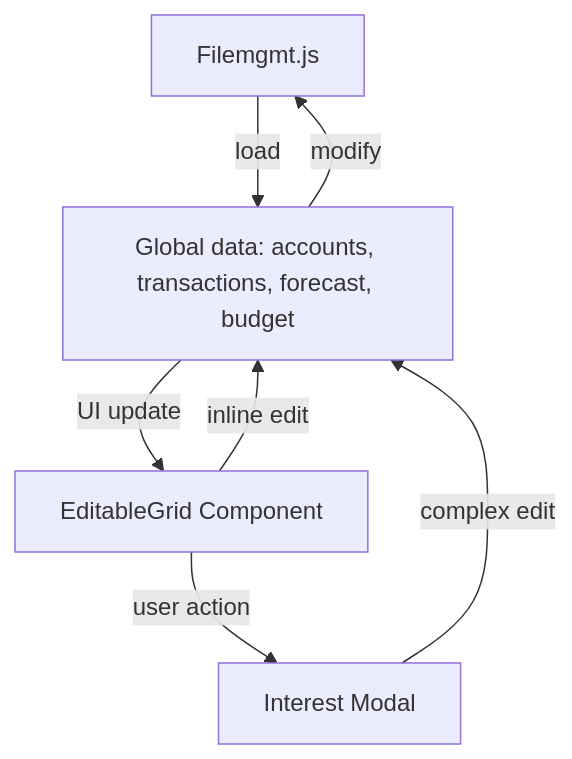
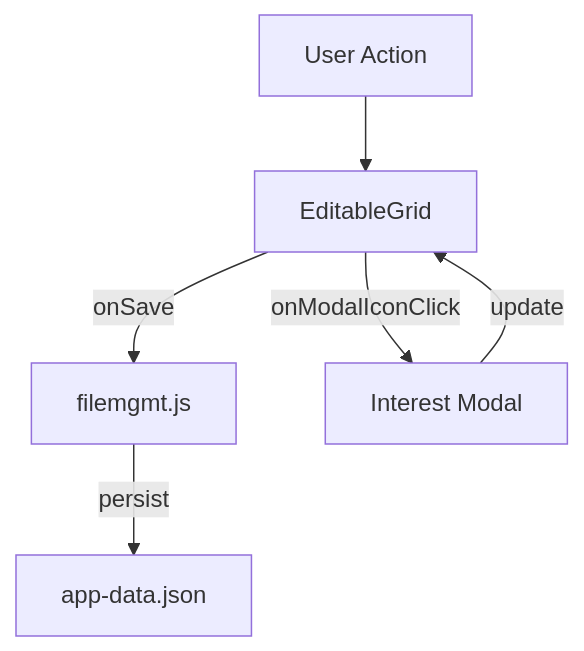
Before and after one commit to BicycleJeanre/ftrack: the second of 2 diagrams in Documentation/accounts.md, drawn with Mermaid. The commit also changed other lines of this file and 19 other files, not shown here.

````diff
--- a/Documentation/accounts.md
+++ b/Documentation/accounts.md
@@ -26,9 +46,8 @@
 ```mermaid
 flowchart TD
-  Filemgmt[Filemgmt.js] -->|load| AppData[Global data: accounts, transactions, forecast, budget]
-  AppData -->|modify| Filemgmt
-  AppData -->|UI update| AccountsGrid[EditableGrid Component]
-  AccountsGrid -->|user action| InterestModal[Interest Modal]
-  InterestModal -->|complex edit| AppData
-  AccountsGrid -->|inline edit| AppData
+  User[User Action] --> AccountsGrid[EditableGrid]
+  AccountsGrid -->|onSave| Filemgmt[filemgmt.js]
+  Filemgmt -->|persist| Disk[app-data.json]
+  AccountsGrid -->|onModalIconClick| InterestModal[Interest Modal]
+  InterestModal -->|update| AccountsGrid
 ```
````
